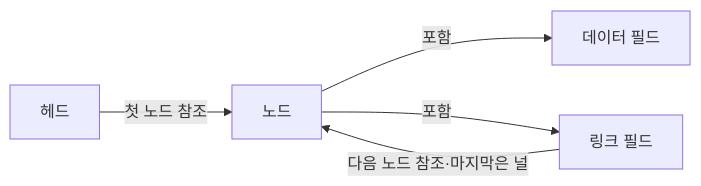
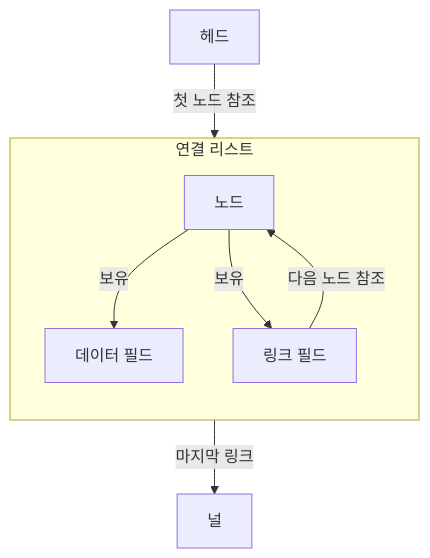
The diagram in src/content/docs/notes/01-basic-theory/006_linked_list.md (agnusdei1207/knowledge-base), drawn with Mermaid before and after one commit. The commit also changed other lines of this file and 6 other files, not shown here.

````diff
--- a/src/content/docs/notes/01-basic-theory/006_linked_list.md
+++ b/src/content/docs/notes/01-basic-theory/006_linked_list.md
@@ -61,7 +64,15 @@
 ```mermaid
-flowchart LR
-    H[헤드] -->|첫 노드 참조| N[노드]
-    N -->|포함| D[데이터 필드]
-    N -->|포함| L[링크 필드]
-    L -->|다음 노드 참조·마지막은 널| N
+flowchart TB
+    H[헤드]
+    subgraph LL[연결 리스트]
+        direction TB
+        N[노드]
+        D[데이터 필드]
+        L[링크 필드]
+        N -->|보유| D
+        N -->|보유| L
+        L -->|다음 노드 참조| N
+    end
+    H -->|첫 노드 참조| N
+    L -->|마지막 링크| Z[널]
 ```
````
